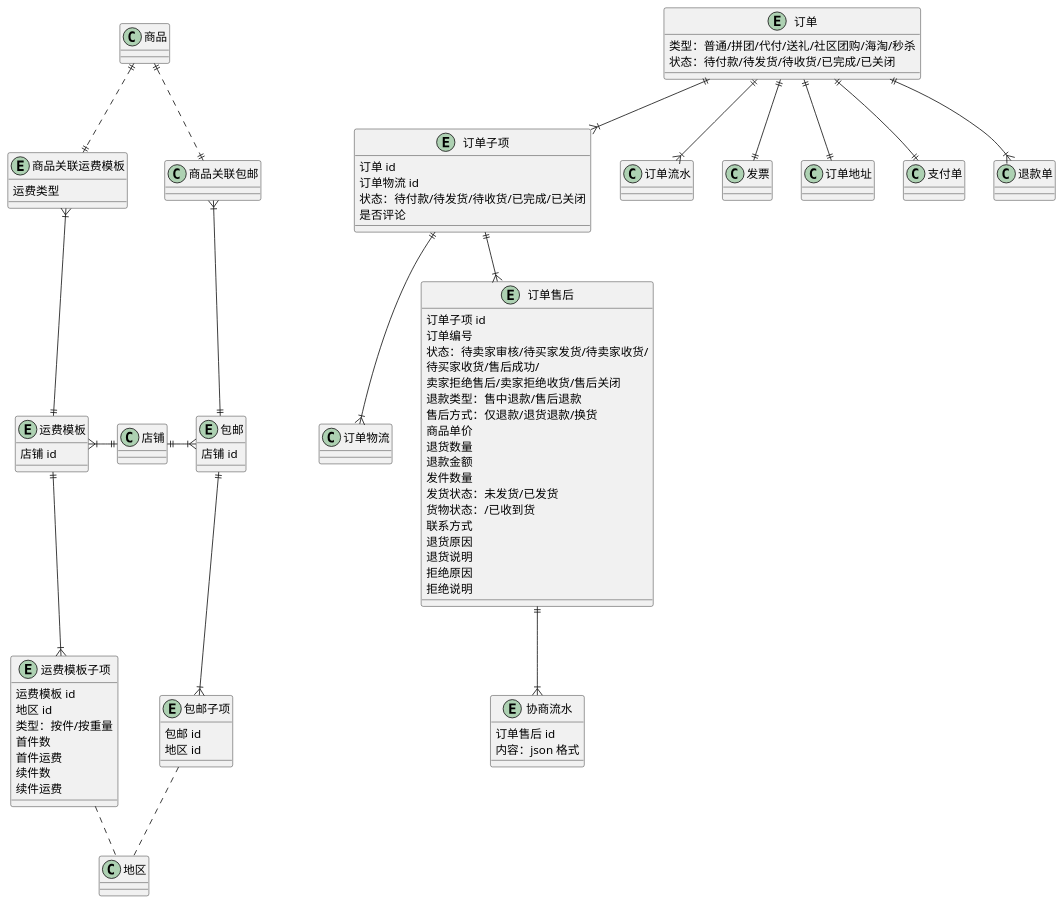
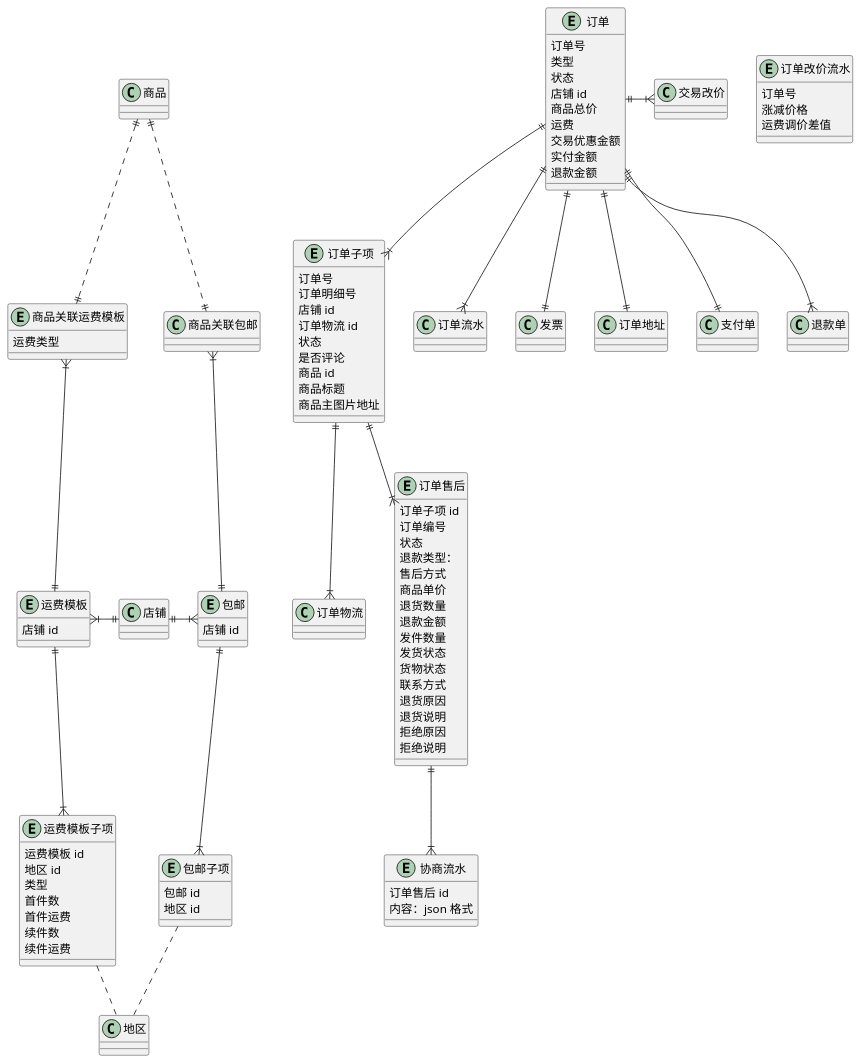
Before and after one commit to awesomecat2020/mock-mall: the diagram in 订单.wsd, drawn with PlantUML. The commit also changed 4 other files, not shown here.

```diff
--- a/订单.wsd
+++ b/订单.wsd
@@ -1,94 +1,128 @@
 @startuml 订单UML
 
 ' ==================== 订单 ====================
 entity 订单 {
-    类型：普通/拼团/代付/送礼/社区团购/海淘/秒杀
-    状态：待付款/待发货/待收货/已完成/已关闭
+    订单号
+    ' 普通/拼团/代付/送礼/社区团购/海淘/秒杀
+    类型
+    ' 待付款/待发货/待收货/已完成/已关闭
+    状态
+    店铺 id
+    商品总价
+    运费
+    交易优惠金额
+    ' totalFee + postFee - discountFee
+    实付金额
+    退款金额
 }
 entity 订单子项 {
-    订单 id
+    订单号
+    订单明细号
+    店铺 id
     订单物流 id
-    状态：待付款/待发货/待收货/已完成/已关闭
+    ' 待付款/待发货/待收货/已完成/已关闭
+    状态
     是否评论
+    商品 id
+    商品标题
+    商品主图片地址
+}
+entity 订单改价流水 {
+    订单号
+    涨减价格
+    运费调价差值
 }
 
 订单 ||--|{ 订单子项
 订单 ||--|{ 订单流水
 订单 ||--|| 发票
 订单 ||--|| 订单地址
 订单子项 ||--|{ 订单物流
 订单 ||--|| 支付单
 订单 ||--|{ 退款单
+订单 ||-|{ 交易改价
 
 
 ' ==================== 订单售后 ====================
 entity 订单售后 {
     订单子项 id
     订单编号
-    状态：待卖家审核/待买家发货/待卖家收货/
-        待买家收货/售后成功/
-        卖家拒绝售后/卖家拒绝收货/售后关闭
-    退款类型：售中退款/售后退款
-    ' 客服介入状态：未介入/介入中/介入结束
-    售后方式：仅退款/退货退款/换货
+    ' 待卖家审核
+    ' 待买家发货
+    ' 待卖家收货
+    ' 待买家收货
+    ' 售后成功
+    ' 卖家拒绝售后
+    ' 卖家拒绝收货
+    ' 售后关闭
+    状态
+    ' 售中退款/售后退款
+    退款类型：
+    ' 未介入/介入中/介入结束
+    ' 客服介入状态
+    ' 仅退款/退货退款/换货
+    售后方式
     商品单价
     退货数量
     退款金额
     发件数量
-    发货状态：未发货/已发货
-    货物状态：/已收到货
+    ' 未发货/已发货
+    发货状态
+    ' /已收到货
+    货物状态
     联系方式
     退货原因
     退货说明
     拒绝原因
     拒绝说明
 }
 entity 协商流水 {
     订单售后 id
     内容：json 格式
 }
 
 订单子项 ||--|{ 订单售后
 订单售后 ||--|{ 协商流水
 
 
 ' ==================== 运费模版 ====================
 entity 运费模板 {
     店铺 id
 }
 entity 运费模板子项 {
     运费模板 id
     地区 id
-    类型：按件/按重量
+    ' 按件/按重量
+    类型
     首件数
     首件运费
     续件数
     续件运费
 }
 entity 商品关联运费模板 {
     运费类型
 }
 
 运费模板 ||-u-|{ 商品关联运费模板
 商品关联运费模板 ||.u.|| 商品
 运费模板 }|-r-|| 店铺
 运费模板 ||--|{ 运费模板子项
 运费模板子项 .. 地区
 
 
 ' ==================== 包邮模板 ====================
 entity 包邮 {
     店铺 id
 }
 entity 包邮子项 {
     包邮 id
     地区 id
 }
 
 包邮 ||-u-|{ 商品关联包邮
 商品关联包邮 ||.u.|| 商品
 包邮 }|-l-|| 店铺
 包邮 ||--|{ 包邮子项
 包邮子项 .. 地区
 
 @enduml
```
